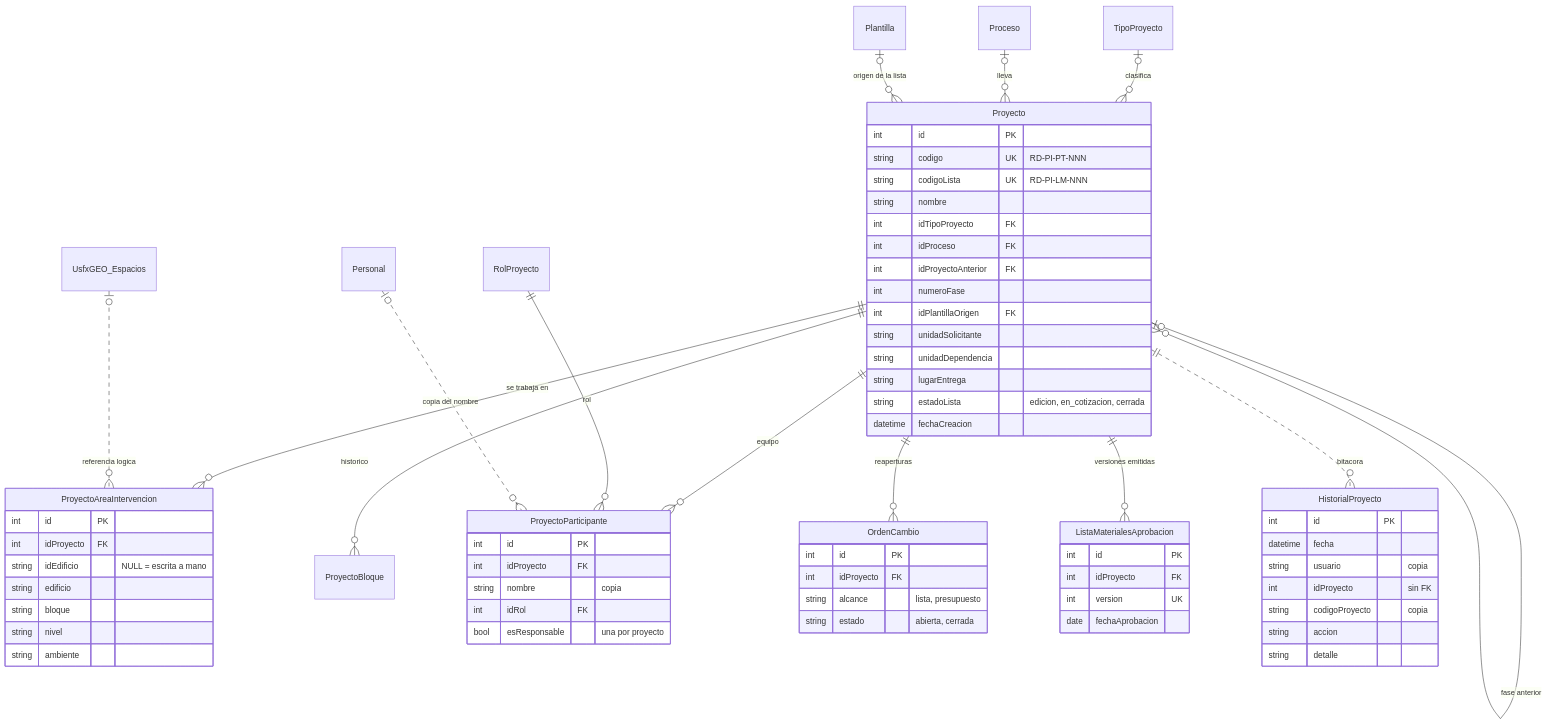
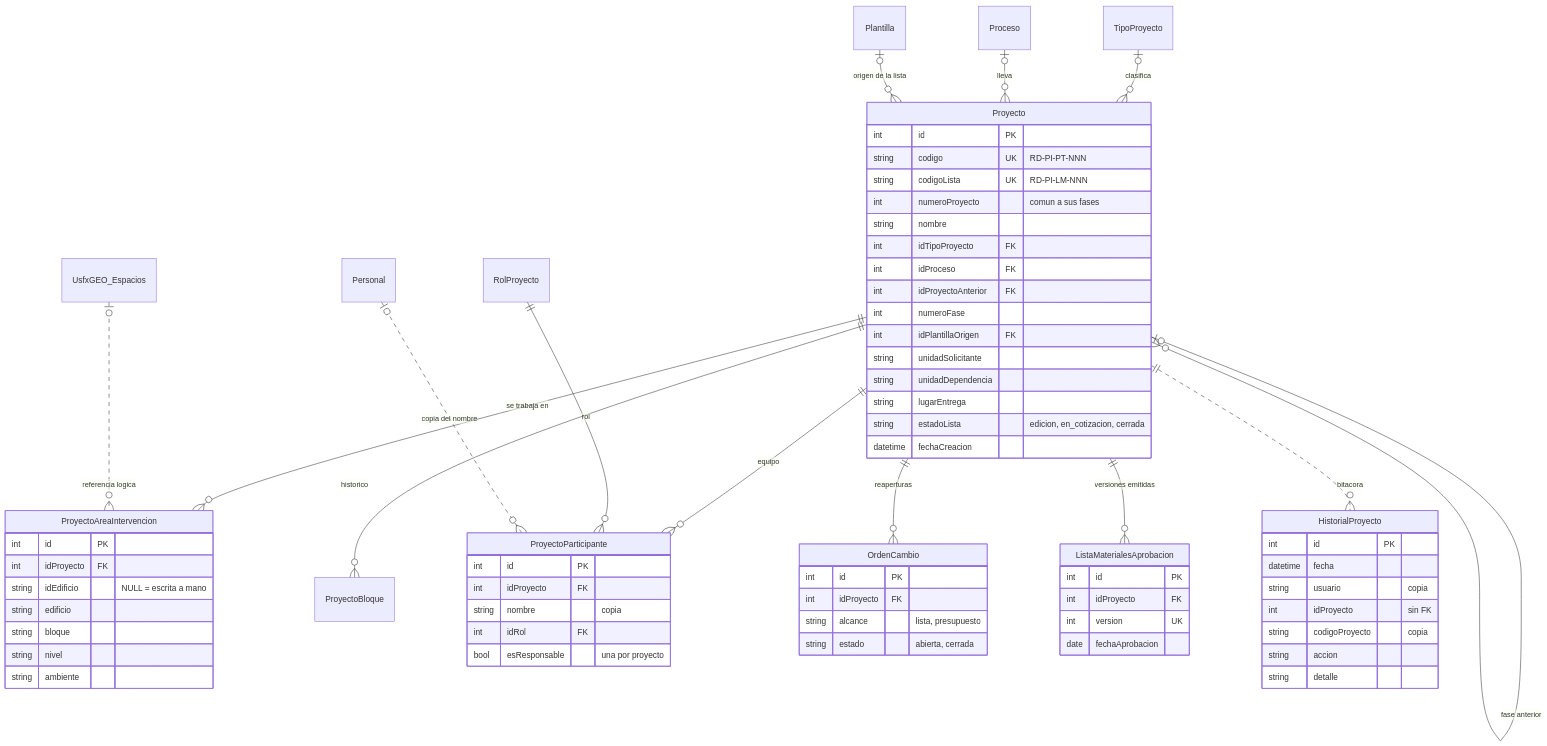
Before and after one commit to wilDC123/presupuestosRedes: the first of 5 diagrams in docs/modelo-logico-datos.md, drawn with Mermaid. The commit also changed other lines of this file and 26 other files, not shown here.

First line of the commit message:
Revisión 05-11, parte 5a: número de proyecto común a todas sus fases

````diff
--- a/docs/modelo-logico-datos.md
+++ b/docs/modelo-logico-datos.md
@@ -50,70 +50,71 @@
 ```mermaid
 erDiagram
     TipoProyecto |o--o{ Proyecto : "clasifica"
     Proceso |o--o{ Proyecto : "lleva"
     Proyecto |o--o{ Proyecto : "fase anterior"
     Plantilla |o--o{ Proyecto : "origen de la lista"
     Proyecto ||--o{ ProyectoAreaIntervencion : "se trabaja en"
     Proyecto ||--o{ ProyectoBloque : "historico"
     Proyecto ||--o{ ProyectoParticipante : "equipo"
     RolProyecto ||--o{ ProyectoParticipante : "rol"
     Personal |o..o{ ProyectoParticipante : "copia del nombre"
     Proyecto ||--o{ OrdenCambio : "reaperturas"
     Proyecto ||--o{ ListaMaterialesAprobacion : "versiones emitidas"
     Proyecto ||..o{ HistorialProyecto : "bitacora"
     UsfxGEO_Espacios |o..o{ ProyectoAreaIntervencion : "referencia logica"
 
     Proyecto {
         int id PK
         string codigo UK "RD-PI-PT-NNN"
         string codigoLista UK "RD-PI-LM-NNN"
+        int numeroProyecto "comun a sus fases"
         string nombre
         int idTipoProyecto FK
         int idProceso FK
         int idProyectoAnterior FK
         int numeroFase
         int idPlantillaOrigen FK
         string unidadSolicitante
         string unidadDependencia
         string lugarEntrega
         string estadoLista "edicion, en_cotizacion, cerrada"
         datetime fechaCreacion
     }
     ProyectoAreaIntervencion {
         int id PK
         int idProyecto FK
         string idEdificio "NULL = escrita a mano"
         string edificio
         string bloque
         string nivel
         string ambiente
     }
     ProyectoParticipante {
         int id PK
         int idProyecto FK
         string nombre "copia"
         int idRol FK
         bool esResponsable "una por proyecto"
     }
     HistorialProyecto {
         int id PK
         datetime fecha
         string usuario "copia"
         int idProyecto "sin FK"
         string codigoProyecto "copia"
         string accion
         string detalle
     }
     ListaMaterialesAprobacion {
         int id PK
         int idProyecto FK
         int version UK
         date fechaAprobacion
     }
     OrdenCambio {
         int id PK
         int idProyecto FK
         string alcance "lista, presupuesto"
         string estado "abierta, cerrada"
     }
 ```
````
